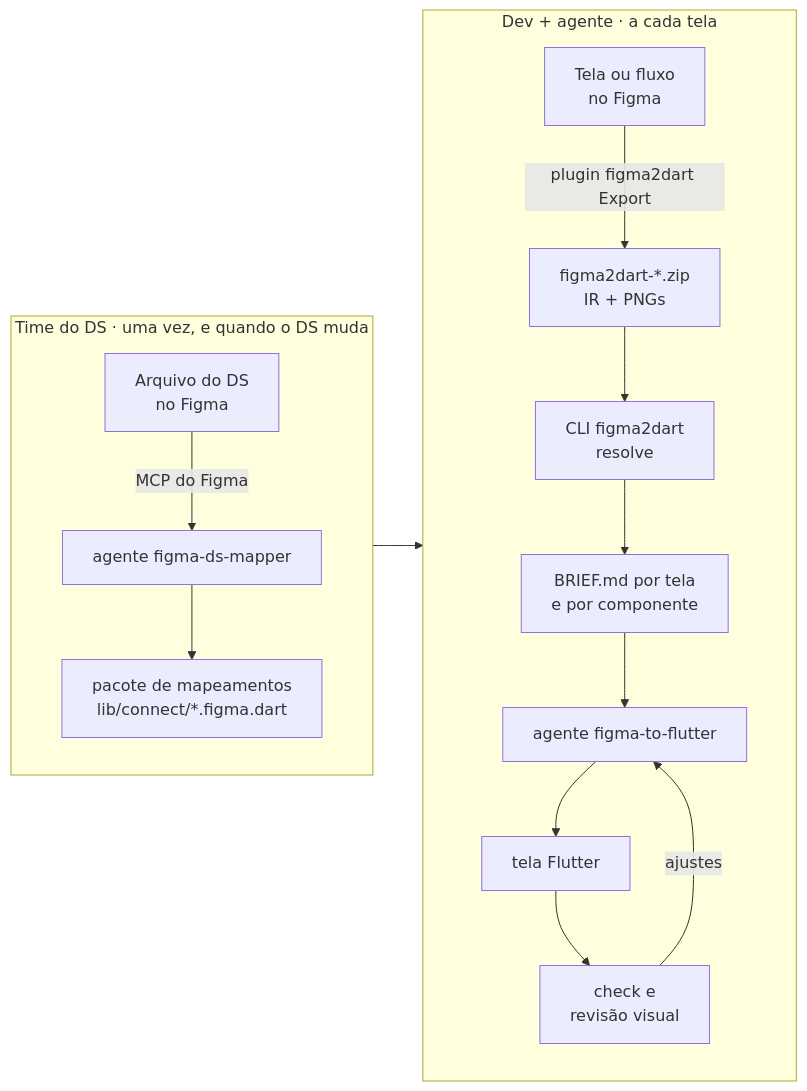
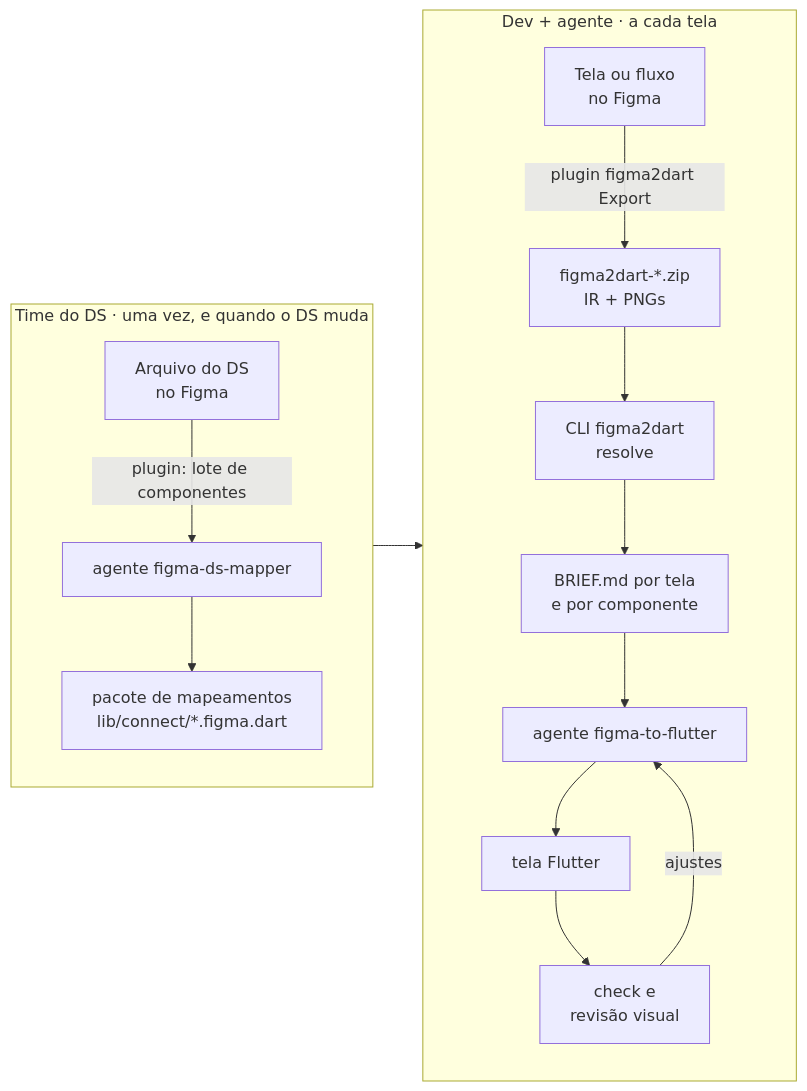
One commit to pablostefan/figma_to_code changed the diagram in README.md. Above: the diagram before and after it, drawn with Mermaid. The commit also changed other lines of this file and 28 other files, not shown here.

````diff
--- a/README.md
+++ b/README.md
@@ -9,21 +9,21 @@
 ```mermaid
 flowchart LR
   subgraph DS["Time do DS · uma vez, e quando o DS muda"]
     direction TB
-    FDS["Arquivo do DS<br/>no Figma"] -->|"MCP do Figma"| MAP["agente figma-ds-mapper"]
+    FDS["Arquivo do DS<br/>no Figma"] -->|"plugin: lote de componentes"| MAP["agente figma-ds-mapper"]
     MAP --> CONN["pacote de mapeamentos<br/>lib/connect/*.figma.dart"]
   end
 
   subgraph TELA["Dev + agente · a cada tela"]
     direction TB
     FFL["Tela ou fluxo<br/>no Figma"] -->|"plugin figma2dart Export"| ZIP["figma2dart-*.zip<br/>IR + PNGs"]
     ZIP --> CLI["CLI figma2dart<br/>resolve"]
     CLI --> BRIEF["BRIEF.md por tela<br/>e por componente"]
     BRIEF --> AG["agente figma-to-flutter"]
     AG --> CODE["tela Flutter"]
     CODE --> CHK["check e<br/>revisão visual"]
     CHK -->|"ajustes"| AG
   end
 
   CONN --> CLI
 ```
````
